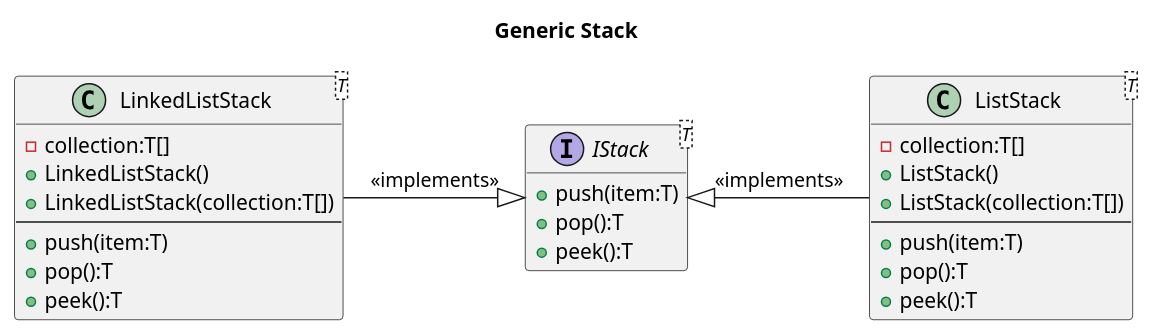
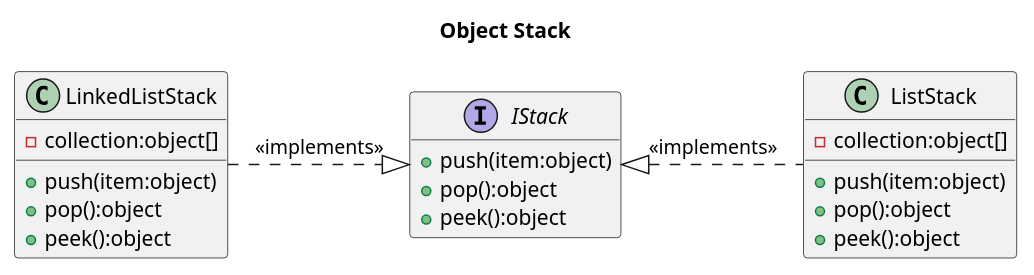
One commit to zcomert/btk-akademi-nesne-yonelimli-programlama changed the diagram in UMLs/chapter_09_01_stack.wsd. Above: the diagram before and after it, drawn with PlantUML. The commit also changed 38 other files, not shown here.

```diff
--- a/UMLs/chapter_09_01_stack.wsd
+++ b/UMLs/chapter_09_01_stack.wsd
@@ -1,32 +1,28 @@
 @startuml
-title Generic Stack
-interface IStack<T>{
-    +push(item:T)
-    +pop():T
-    +peek():T
+title Object Stack
+
+interface IStack{
+    +push(item:object)
+    +pop():object
+    +peek():object
 }
 
-class LinkedListStack<T>{
-    -collection:T[]
-    +LinkedListStack()
-    +LinkedListStack(collection:T[])
-    --
-    +push(item:T)
-    +pop():T
-    +peek():T
+class LinkedListStack{
+    -collection:object[]
+    +push(item:object)
+    +pop():object
+    +peek():object
 }
 
-class ListStack<T>{
-    -collection:T[]
-    +ListStack()
-    +ListStack(collection:T[])
-    --
-    +push(item:T)
-    +pop():T
-    +peek():T
+class ListStack{
+    -collection:object[]
+    +push(item:object)
+    +pop():object
+    +peek():object
 }
 
-ListStack -l-|> IStack : <<implements>>
-LinkedListStack -r-|> IStack : <<implements>>
+ListStack -.l-|> IStack : <<implements>>
+LinkedListStack -.r-|> IStack : <<implements>>
+
 hide empty members
 @enduml
```
